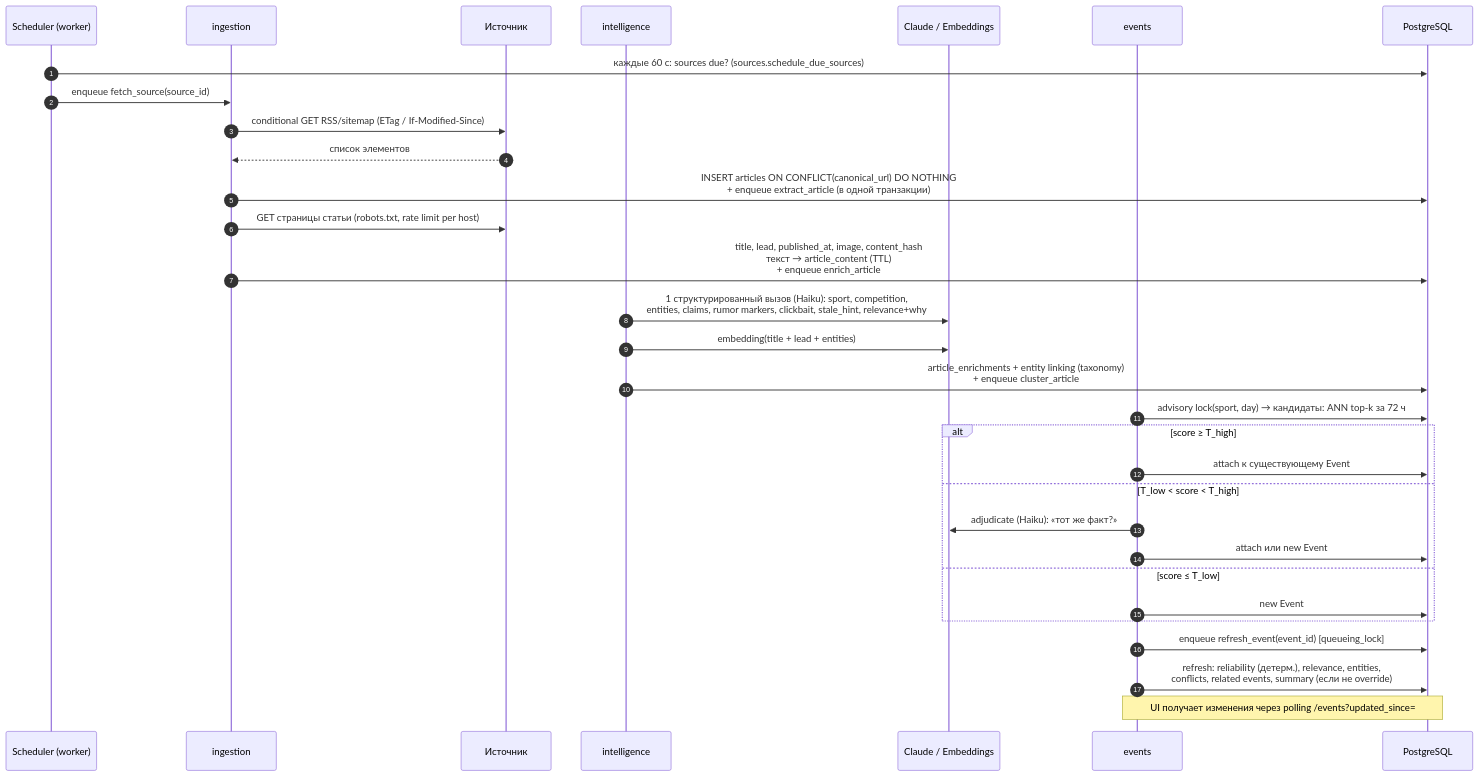
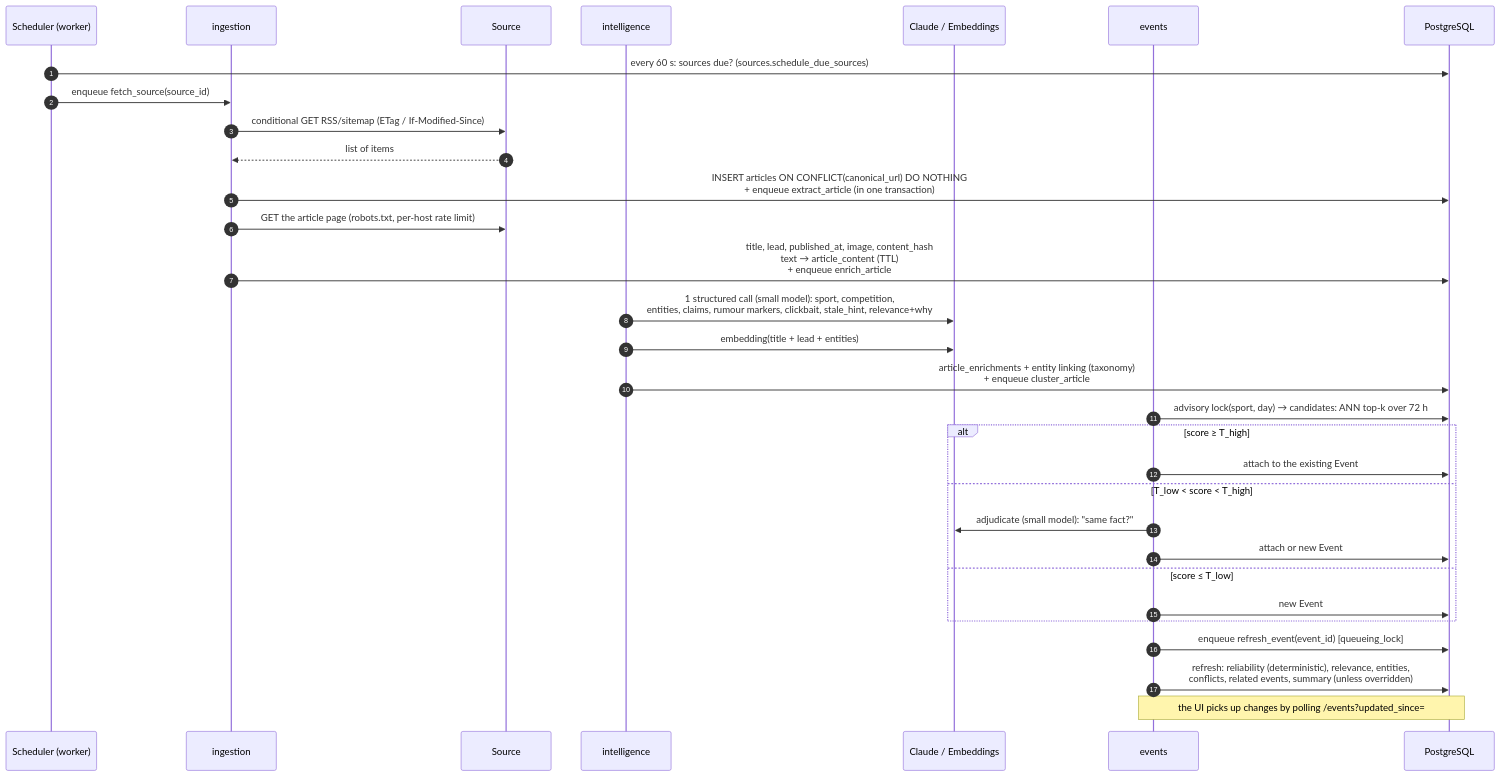
Before and after one commit to notLeri/sportintel: the seventh of 13 diagrams in docs/ARCHITECTURE.md, drawn with Mermaid. The commit also changed other lines of this file and 13 other files, not shown here.

Commit message:
docs: translate architecture doc and API descriptions to English

````diff
--- a/docs/ARCHITECTURE.md
+++ b/docs/ARCHITECTURE.md
@@ -586,34 +586,34 @@
 ```mermaid
 sequenceDiagram
   autonumber
   participant SCH as Scheduler (worker)
   participant ING as ingestion
-  participant SRC as Источник
+  participant SRC as Source
   participant INT as intelligence
   participant AI as Claude / Embeddings
   participant EV as events
   participant DB as PostgreSQL
 
-  SCH->>DB: каждые 60 с: sources due? (sources.schedule_due_sources)
+  SCH->>DB: every 60 s: sources due? (sources.schedule_due_sources)
   SCH->>ING: enqueue fetch_source(source_id)
   ING->>SRC: conditional GET RSS/sitemap (ETag / If-Modified-Since)
-  SRC-->>ING: список элементов
-  ING->>DB: INSERT articles ON CONFLICT(canonical_url) DO NOTHING<br/>+ enqueue extract_article (в одной транзакции)
-  ING->>SRC: GET страницы статьи (robots.txt, rate limit per host)
-  ING->>DB: title, lead, published_at, image, content_hash<br/>текст → article_content (TTL)<br/>+ enqueue enrich_article
-  INT->>AI: 1 структурированный вызов (Haiku): sport, competition,<br/>entities, claims, rumor markers, clickbait, stale_hint, relevance+why
+  SRC-->>ING: list of items
+  ING->>DB: INSERT articles ON CONFLICT(canonical_url) DO NOTHING<br/>+ enqueue extract_article (in one transaction)
+  ING->>SRC: GET the article page (robots.txt, per-host rate limit)
+  ING->>DB: title, lead, published_at, image, content_hash<br/>text → article_content (TTL)<br/>+ enqueue enrich_article
+  INT->>AI: 1 structured call (small model): sport, competition,<br/>entities, claims, rumour markers, clickbait, stale_hint, relevance+why
   INT->>AI: embedding(title + lead + entities)
   INT->>DB: article_enrichments + entity linking (taxonomy)<br/>+ enqueue cluster_article
-  EV->>DB: advisory lock(sport, day) → кандидаты: ANN top-k за 72 ч
+  EV->>DB: advisory lock(sport, day) → candidates: ANN top-k over 72 h
   alt score ≥ T_high
-    EV->>DB: attach к существующему Event
+    EV->>DB: attach to the existing Event
   else T_low < score < T_high
-    EV->>AI: adjudicate (Haiku): «тот же факт?»
-    EV->>DB: attach или new Event
+    EV->>AI: adjudicate (small model): "same fact?"
+    EV->>DB: attach or new Event
   else score ≤ T_low
     EV->>DB: new Event
   end
   EV->>DB: enqueue refresh_event(event_id) [queueing_lock]
-  EV->>DB: refresh: reliability (детерм.), relevance, entities,<br/>conflicts, related events, summary (если не override)
-  Note over EV,DB: UI получает изменения через polling /events?updated_since=
+  EV->>DB: refresh: reliability (deterministic), relevance, entities,<br/>conflicts, related events, summary (unless overridden)
+  Note over EV,DB: the UI picks up changes by polling /events?updated_since=
 ```
````
